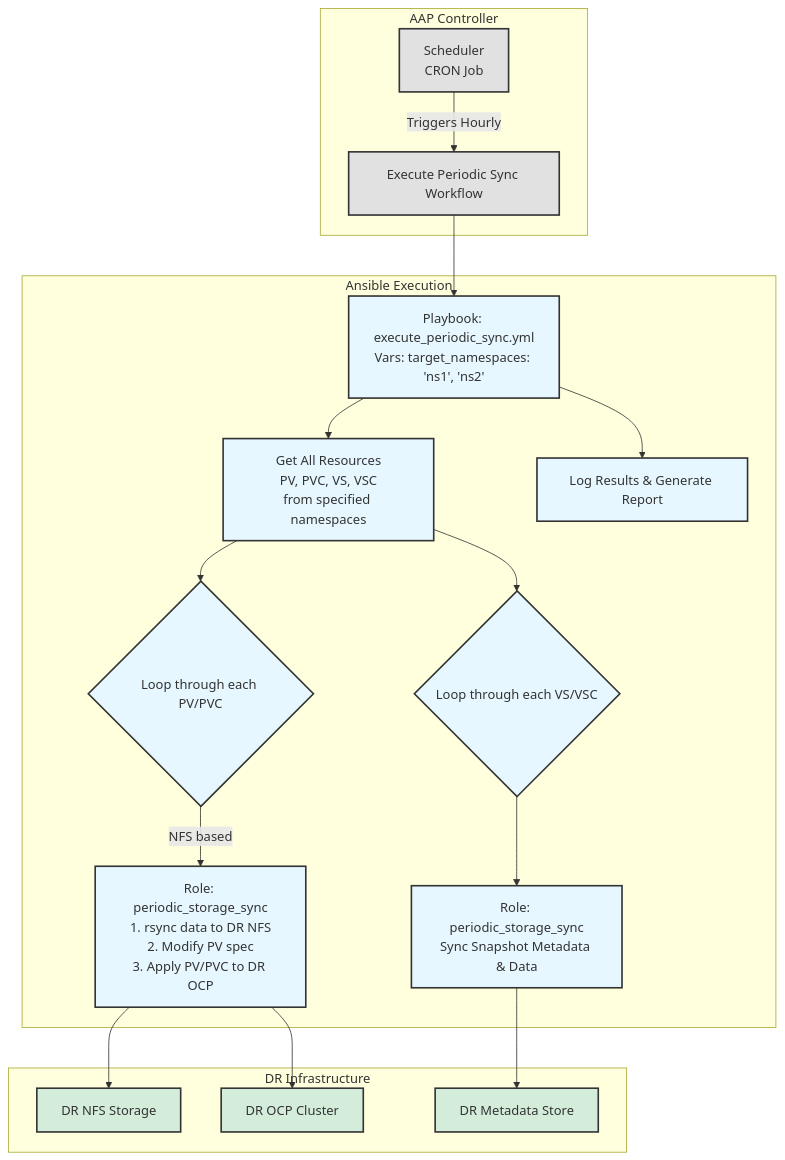
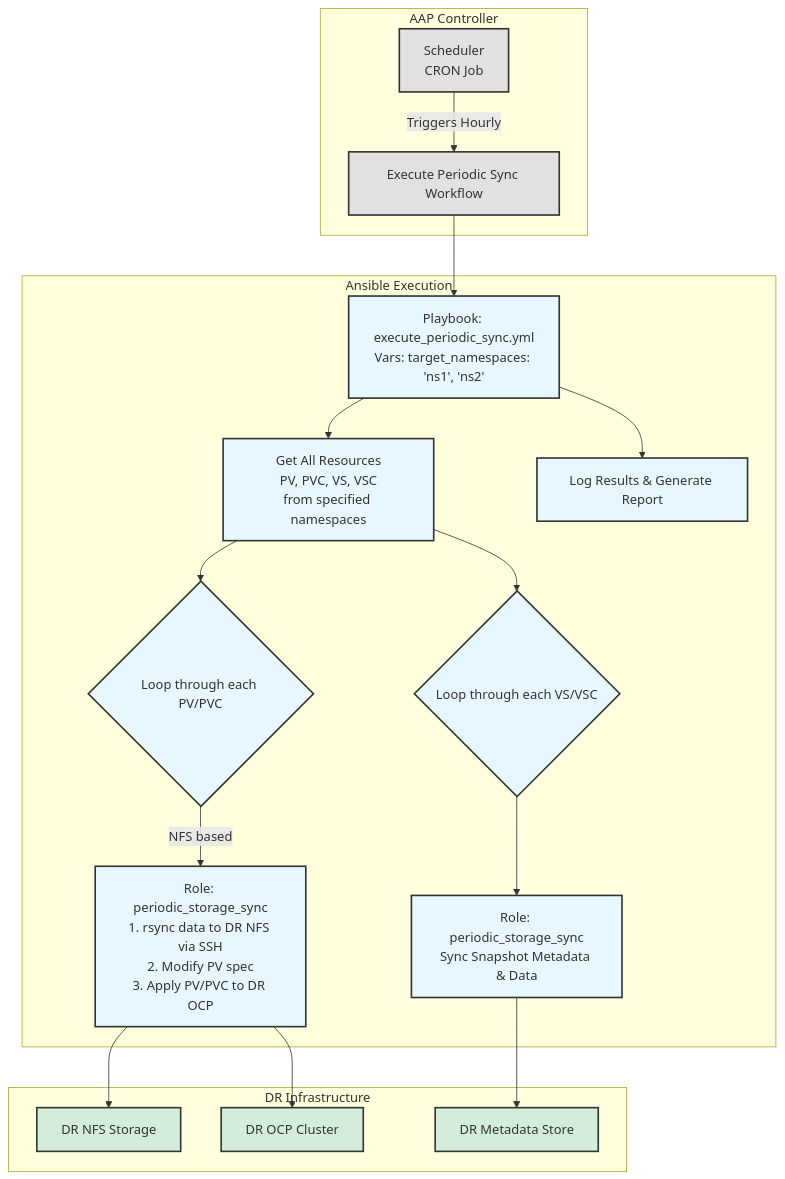
One commit to wangzheng422/ansible-dr-demo changed the second of 3 diagrams in planning/ansible-dr-design.md. Above: the diagram before and after it, drawn with Mermaid. The commit also changed other lines of this file and 2 other files, not shown here.

````diff
--- a/planning/ansible-dr-design.md
+++ b/planning/ansible-dr-design.md
@@ -53,35 +53,35 @@
 ```mermaid
 graph TD
     subgraph AAP Controller
         A[Scheduler<br>CRON Job] -- Triggers Hourly --> B[Execute Periodic Sync Workflow];
     end
 
     subgraph Ansible Execution
         B --> C[Playbook: execute_periodic_sync.yml<br>Vars: target_namespaces: 'ns1', 'ns2'];
         C --> D[Get All Resources<br>PV, PVC, VS, VSC<br>from specified namespaces];
         D --> E{Loop through each PV/PVC};
-        E -- NFS based --> F[Role: periodic_storage_sync<br>1. rsync data to DR NFS<br>2. Modify PV spec<br>3. Apply PV/PVC to DR OCP];
+        E -- NFS based --> F[Role: periodic_storage_sync<br>1. rsync data to DR NFS via SSH<br>2. Modify PV spec<br>3. Apply PV/PVC to DR OCP];
         D --> G{Loop through each VS/VSC};
         G --> H[Role: periodic_storage_sync<br>Sync Snapshot Metadata & Data];
         C --> I[Log Results & Generate Report];
     end
 
     subgraph "DR Infrastructure"
         F --> J[DR NFS Storage];
         F --> L[DR OCP Cluster];
         H --> K[DR Metadata Store];
     end
 
     style A fill:#e1e1e1,stroke:#333,stroke-width:2px
     style B fill:#e1e1e1,stroke:#333,stroke-width:2px
     style C fill:#e6f7ff,stroke:#333,stroke-width:2px
     style D fill:#e6f7ff,stroke:#333,stroke-width:2px
     style E fill:#e6f7ff,stroke:#333,stroke-width:2px
     style F fill:#e6f7ff,stroke:#333,stroke-width:2px
     style G fill:#e6f7ff,stroke:#333,stroke-width:2px
     style H fill:#e6f7ff,stroke:#333,stroke-width:2px
     style I fill:#e6f7ff,stroke:#333,stroke-width:2px
     style J fill:#d4edda,stroke:#333,stroke-width:2px
     style K fill:#d4edda,stroke:#333,stroke-width:2px
     style L fill:#d4edda,stroke:#333,stroke-width:2px
 ```
````
